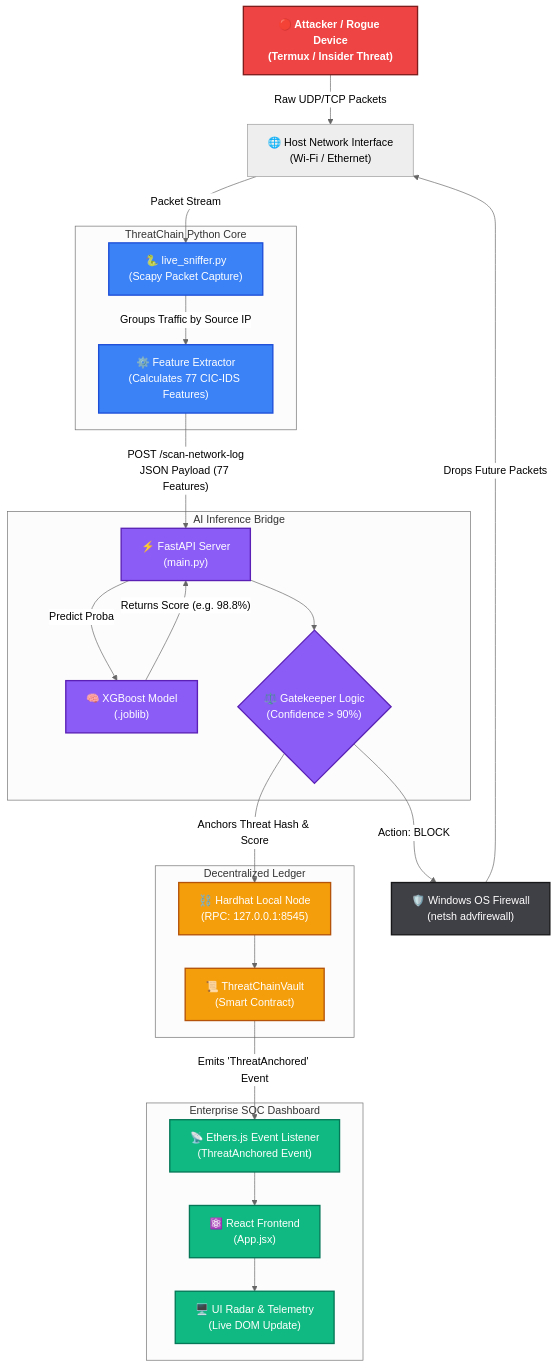
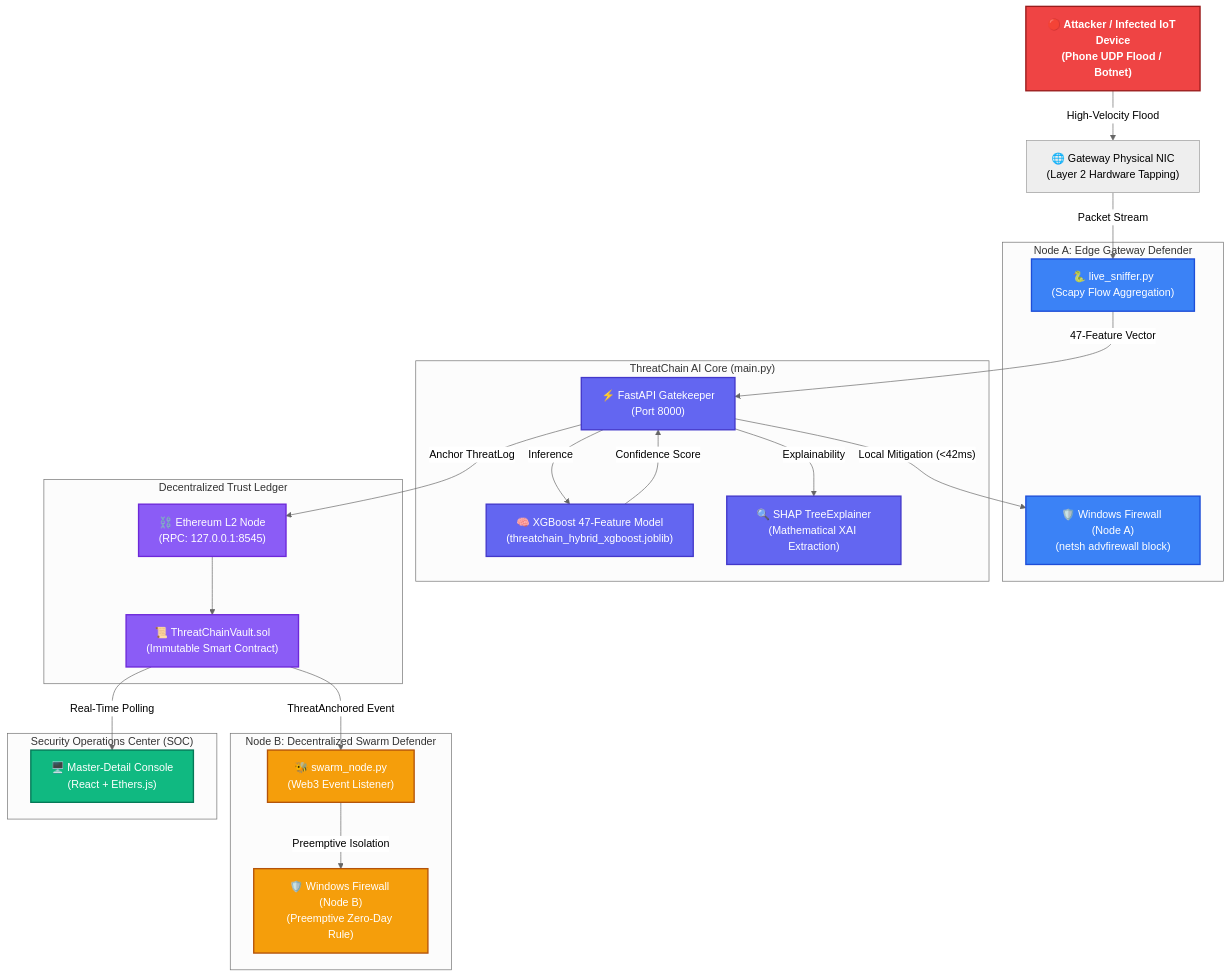
The first of 2 diagrams in README.md (sohumvenkatadri7/ThreatChain), drawn with Mermaid (neutral theme) before and after one commit. The commit also changed other lines of this file and 19 other files, not shown here.

````diff
--- a/README.md
+++ b/README.md
@@ -34,58 +73,51 @@
 ```mermaid
 graph TD
-    %% Define Styles
-    classDef attacker fill:#ef4444,stroke:#7f1d1d,stroke-width:2px,color:white,font-weight:bold;
-    classDef python fill:#3b82f6,stroke:#1d4ed8,stroke-width:2px,color:white;
-    classDef ai fill:#8b5cf6,stroke:#5b21b6,stroke-width:2px,color:white;
-    classDef blockchain fill:#f59e0b,stroke:#b45309,stroke-width:2px,color:white;
+    classDef attacker fill:#ef4444,stroke:#991b1b,stroke-width:2px,color:white,font-weight:bold;
+    classDef nodeA fill:#3b82f6,stroke:#1d4ed8,stroke-width:2px,color:white;
+    classDef ai fill:#6366f1,stroke:#4338ca,stroke-width:2px,color:white;
+    classDef blockchain fill:#8b5cf6,stroke:#6d28d9,stroke-width:2px,color:white;
+    classDef nodeB fill:#f59e0b,stroke:#b45309,stroke-width:2px,color:white;
     classDef frontend fill:#10b981,stroke:#047857,stroke-width:2px,color:white;
-    classDef firewall fill:#3f3f46,stroke:#18181b,stroke-width:2px,color:white;
 
-    %% Nodes
-    A["🔴 Attacker / Rogue Device<br>(Termux / Insider Threat)"]:::attacker
-    B["🌐 Host Network Interface<br>(Wi-Fi / Ethernet)"]
-    
-    subgraph "ThreatChain Python Core"
-        C["🐍 live_sniffer.py<br>(Scapy Packet Capture)"]:::python
-        D["⚙️ Feature Extractor<br>(Calculates 77 CIC-IDS Features)"]:::python
+    HACKER["🔴 Attacker / Infected IoT Device<br>(Phone UDP Flood / Botnet)"]:::attacker
+    NIC["🌐 Gateway Physical NIC<br>(Layer 2 Hardware Tapping)"]
+
+    subgraph "Node A: Edge Gateway Defender"
+        SNIFFER["🐍 live_sniffer.py<br>(Scapy Flow Aggregation)"]:::nodeA
+        FW_A["🛡️ Windows Firewall (Node A)<br>(netsh advfirewall block)"]:::nodeA
     end
 
-    subgraph "AI Inference Bridge"
-        E["⚡ FastAPI Server<br>(main.py)"]:::ai
-        F["🧠 XGBoost Model<br>(.joblib)"]:::ai
-        G{"⚖️ Gatekeeper Logic<br>(Confidence > 90%)"}:::ai
+    subgraph "ThreatChain AI Core (main.py)"
+        API["⚡ FastAPI Gatekeeper<br>(Port 8000)"]:::ai
+        MODEL["🧠 XGBoost 47-Feature Model<br>(threatchain_hybrid_xgboost.joblib)"]:::ai
+        SHAP["🔍 SHAP TreeExplainer<br>(Mathematical XAI Extraction)"]:::ai
     end
 
-    subgraph "Decentralized Ledger"
-        H["⛓️ Hardhat Local Node<br>(RPC: 127.0.0.1:8545)"]:::blockchain
-        I["📜 ThreatChainVault<br>(Smart Contract)"]:::blockchain
-    end
-    
-    J["🛡️ Windows OS Firewall<br>(netsh advfirewall)"]:::firewall
-
-    subgraph "Enterprise SOC Dashboard"
-        K["⚛️ React Frontend<br>(App.jsx)"]:::frontend
-        L["📡 Ethers.js Event Listener<br>(ThreatAnchored Event)"]:::frontend
-        M["🖥️ UI Radar & Telemetry<br>(Live DOM Update)"]:::frontend
+    subgraph "Decentralized Trust Ledger"
+        HARDHAT["⛓️ Ethereum L2 Node<br>(RPC: 127.0.0.1:8545)"]:::blockchain
+        VAULT["📜 ThreatChainVault.sol<br>(Immutable Smart Contract)"]:::blockchain
     end
 
-    %% Flow/Connections
-    A -- "Raw UDP/TCP Packets" --> B
-    B -- "Packet Stream" --> C
-    C -- "Groups Traffic by Source IP" --> D
-    D -- "POST /scan-network-log<br>JSON Payload (77 Features)" --> E
-    
-    E -- "Predict Proba" --> F
-    F -- "Returns Score (e.g. 98.8%)" --> E
-    E --> G
-    
-    G -- "Action: BLOCK" --> J
-    J -- "Drops Future Packets" --> B
-    
-    G -- "Anchors Threat Hash & Score" --> H
-    H --> I
-    
-    I -- "Emits 'ThreatAnchored' Event" --> L
-    L --> K
-    K --> M
+    subgraph "Node B: Decentralized Swarm Defender"
+        SWARM["🐝 swarm_node.py<br>(Web3 Event Listener)"]:::nodeB
+        FW_B["🛡️ Windows Firewall (Node B)<br>(Preemptive Zero-Day Rule)"]:::nodeB
+    end
+
+    subgraph "Security Operations Center (SOC)"
+        DASHBOARD["🖥️ Master-Detail Console<br>(React + Ethers.js)"]:::frontend
+    end
+
+    %% Interactions
+    HACKER -- "High-Velocity Flood" --> NIC
+    NIC -- "Packet Stream" --> SNIFFER
+    SNIFFER -- "47-Feature Vector" --> API
+    API -- "Inference" --> MODEL
+    MODEL -- "Confidence Score" --> API
+    API -- "Explainability" --> SHAP
+    API -- "Local Mitigation (<42ms)" --> FW_A
+    API -- "Anchor ThreatLog" --> HARDHAT
+    HARDHAT --> VAULT
+    VAULT -- "ThreatAnchored Event" --> SWARM
+    SWARM -- "Preemptive Isolation" --> FW_B
+    VAULT -- "Real-Time Polling" --> DASHBOARD
 ```
````
